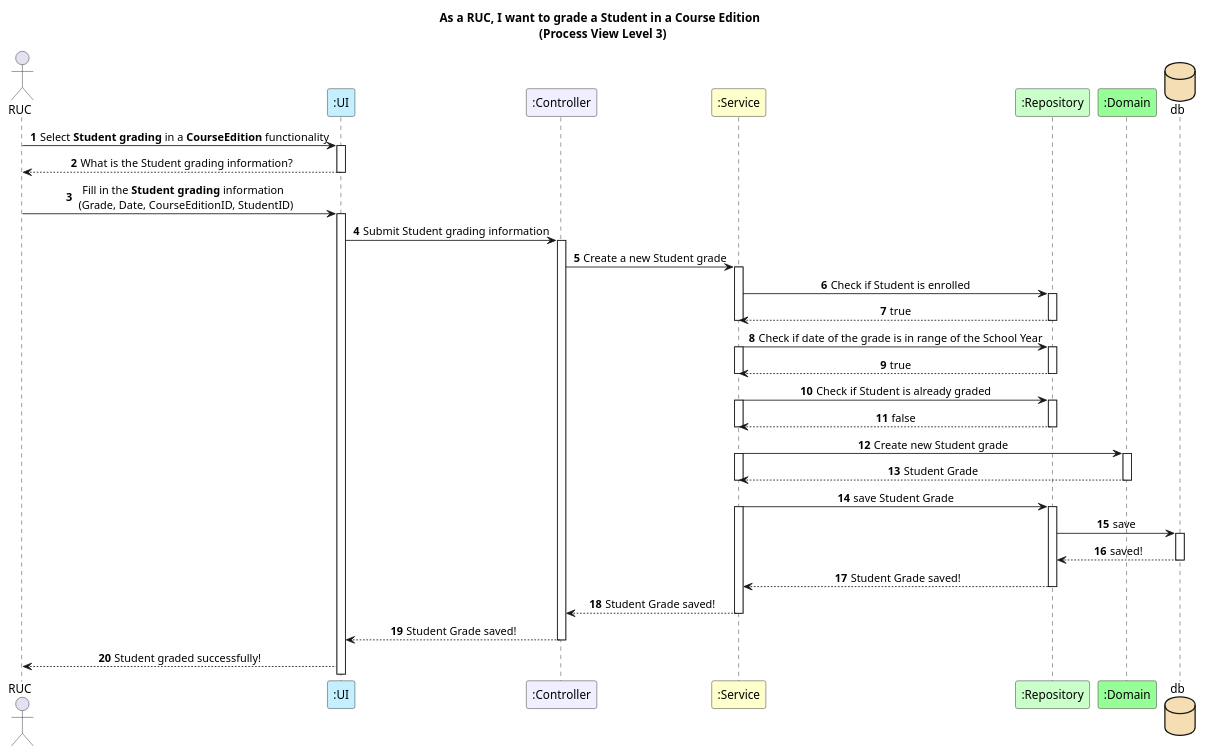
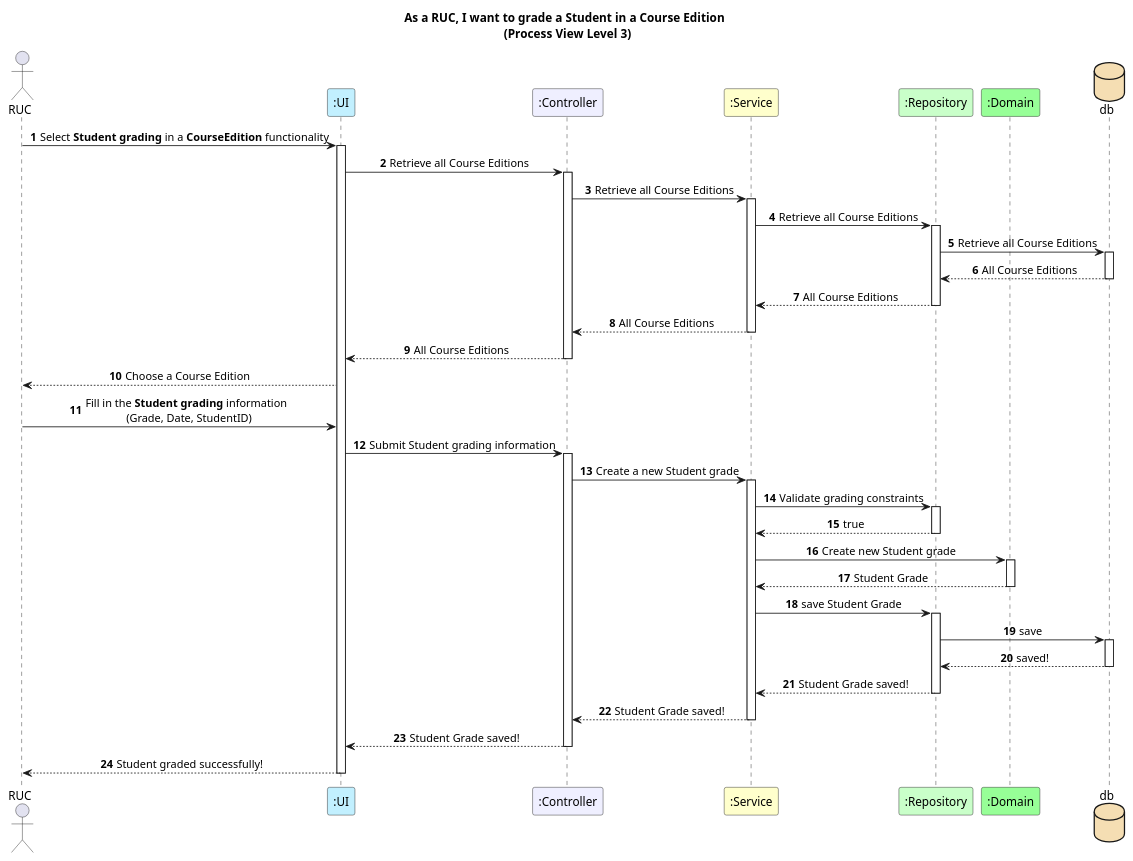
One commit to GasparISEP/DevOps-PAI changed the diagram in docs/US22/REST_API/ProcessView/Level3.puml. Above: the diagram before and after it, drawn with PlantUML. The commit also changed 2 other files, not shown here.

Commit message:
Refs #560: Create ProcessView Level 4 diagram for Student grading functionality and made tweaks to Level3 diagram

```diff
--- a/docs/US22/REST_API/ProcessView/Level3.puml
+++ b/docs/US22/REST_API/ProcessView/Level3.puml
@@ -1,75 +1,74 @@
 @startuml
 
+autonumber
 title As a RUC, I want to grade a Student in a Course Edition \n (Process View Level 3)
-
 skinparam sequencemessagealign center
 autonumber
 
 actor RUC
 participant ":UI" as ui #application
 participant ":Controller" as controller #motivation
 participant ":Service" as service #business
 participant ":Repository" as repo #technology
 participant ":Domain" as domain #physical
 database db #wheat
 
 RUC -> ui : Select **Student grading** in a **CourseEdition** functionality
 activate ui
-ui --> RUC : What is the Student grading information?
+ui -> controller : Retrieve all Course Editions
+activate controller
+controller -> service : Retrieve all Course Editions
+activate service
+service -> repo : Retrieve all Course Editions
+activate repo
+repo -> db : Retrieve all Course Editions
+activate db
+db --> repo : All Course Editions
+deactivate db
+repo --> service : All Course Editions
+deactivate repo
+service --> controller : All Course Editions
+deactivate service
+controller --> ui : All Course Editions
+deactivate controller
 
-deactivate ui
-RUC -> ui : Fill in the **Student grading** information \n (Grade, Date, CourseEditionID, StudentID)
 
-activate ui
+ui --> RUC : Choose a Course Edition
+
+RUC -> ui : Fill in the **Student grading** information \n (Grade, Date, StudentID)
+
 ui -> controller : Submit Student grading information
 
 activate controller
 controller -> service : Create a new Student grade
 
 activate service
-service -> repo : Check if Student is enrolled
+service -> repo : Validate grading constraints
 activate repo
 repo --> service : true
 deactivate repo
-deactivate service
-
-service -> repo : Check if date of the grade is in range of the School Year
-activate service
-activate repo
-repo --> service : true
-deactivate repo
-deactivate service
-
-service -> repo : Check if Student is already graded
-activate service
-activate repo
-repo --> service : false
-deactivate repo
-deactivate service
 
 service -> domain : Create new Student grade
-activate service
 activate domain
 domain --> service : Student Grade
 deactivate domain
-deactivate service
 
 service -> repo : save Student Grade
-activate service
 activate repo
 repo -> db : save
 activate db
 db --> repo : saved!
 deactivate db
 repo --> service : Student Grade saved!
 deactivate repo
 
 service --> controller : Student Grade saved!
 deactivate service
 
 controller --> ui : Student Grade saved!
 deactivate controller
 
 ui --> RUC : Student graded successfully!
+deactivate ui
 
 @enduml
```
